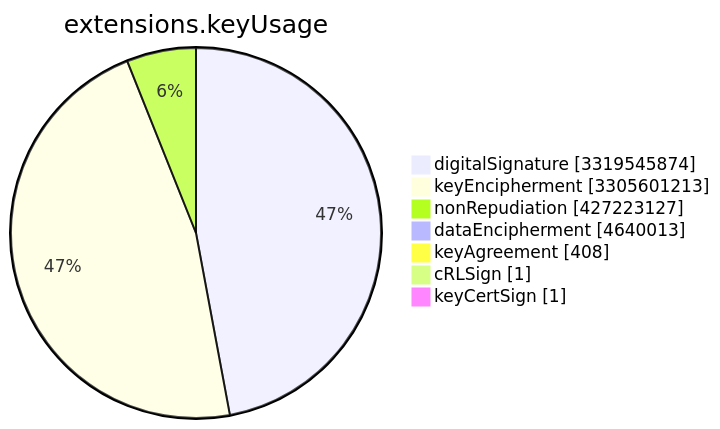
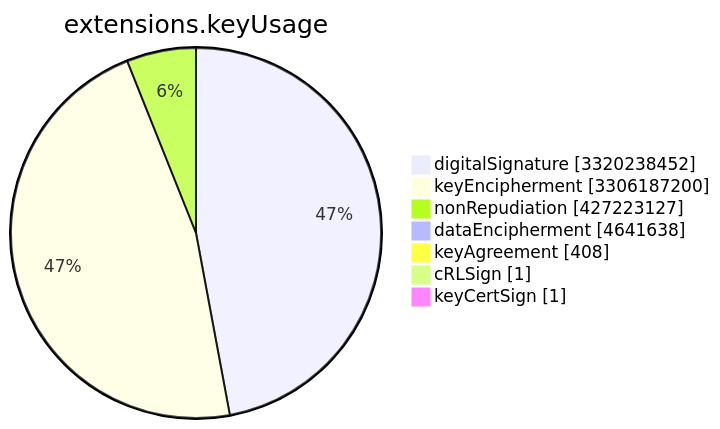
The sixth of 15 diagrams in TOTAL/README.md (christiankrug/ctmonitor_visualization), drawn with Mermaid before and after one commit. The commit also changed other lines of this file, not shown here.

````diff
--- a/TOTAL/README.md
+++ b/TOTAL/README.md
@@ -3078,11 +3078,11 @@
 ```mermaid
 pie showData
 title extensions.keyUsage
-"digitalSignature" :3319545874
-"keyEncipherment" :3305601213
+"digitalSignature" :3320238452
+"keyEncipherment" :3306187200
 "nonRepudiation" :427223127
-"dataEncipherment" :4640013
+"dataEncipherment" :4641638
 "keyAgreement" :408
 "cRLSign" :1
 "keyCertSign" :1
 ```
````
